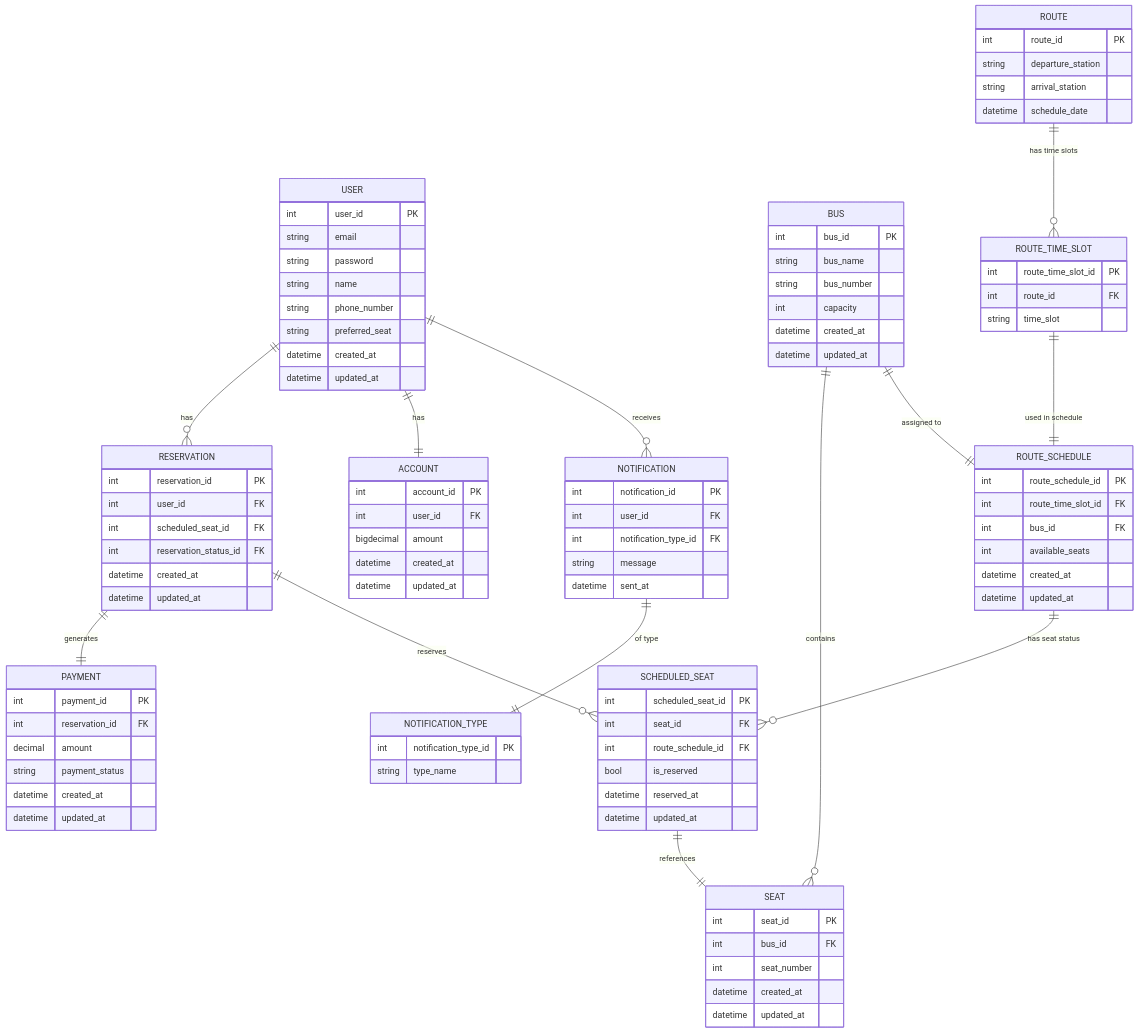
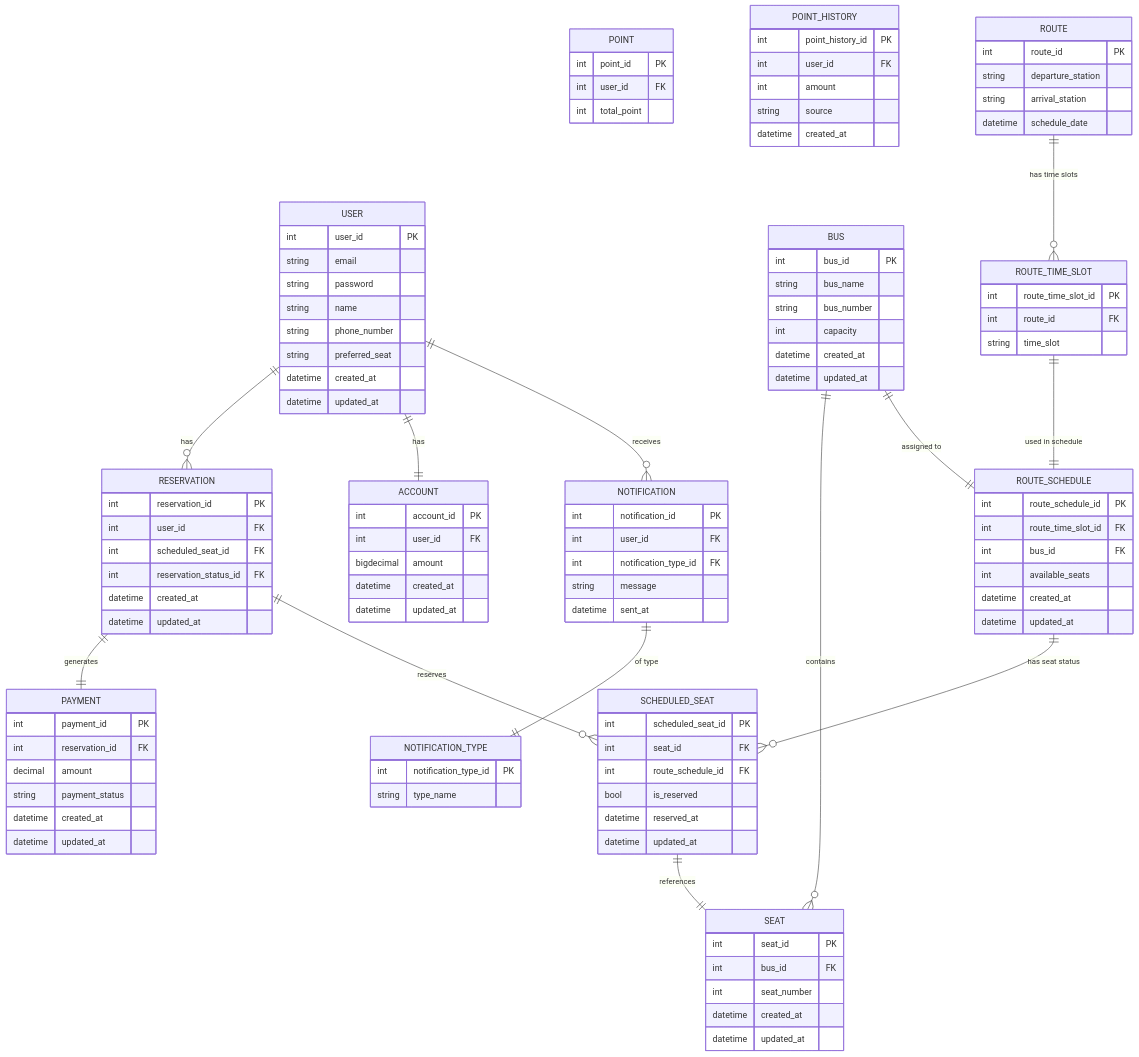
Before and after one commit to hsjni0110/ReservationSystem: the diagram in docs/ERD.md, drawn with Mermaid. The commit also changed 5 other files, not shown here.

```diff
--- a/docs/ERD.md
+++ b/docs/ERD.md
@@ -20,6 +20,20 @@
         bigdecimal amount
         datetime created_at
         datetime updated_at
+    }
+    
+    POINT {
+        int point_id PK
+        int user_id FK
+        int total_point
+    }
+    
+    POINT_HISTORY {
+        int point_history_id PK
+        int user_id FK
+        int amount
+        string source
+        datetime created_at
     }
 
     RESERVATION {
```
